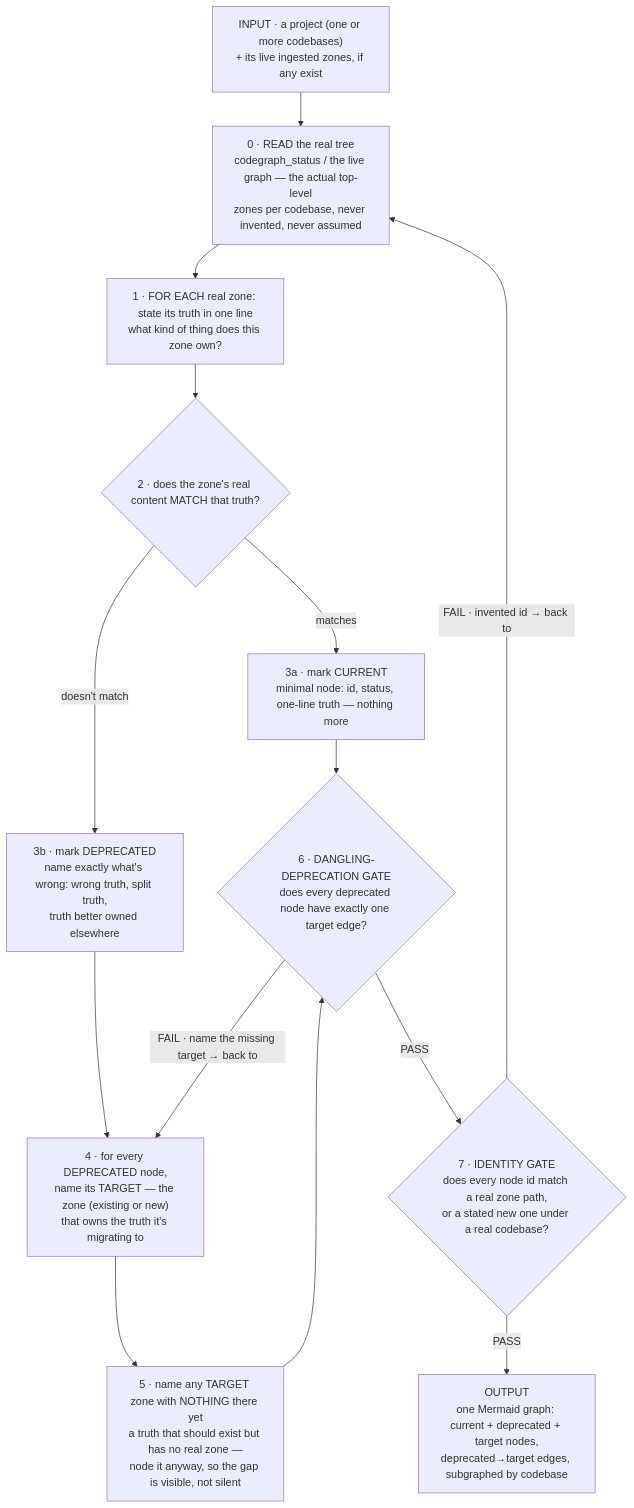
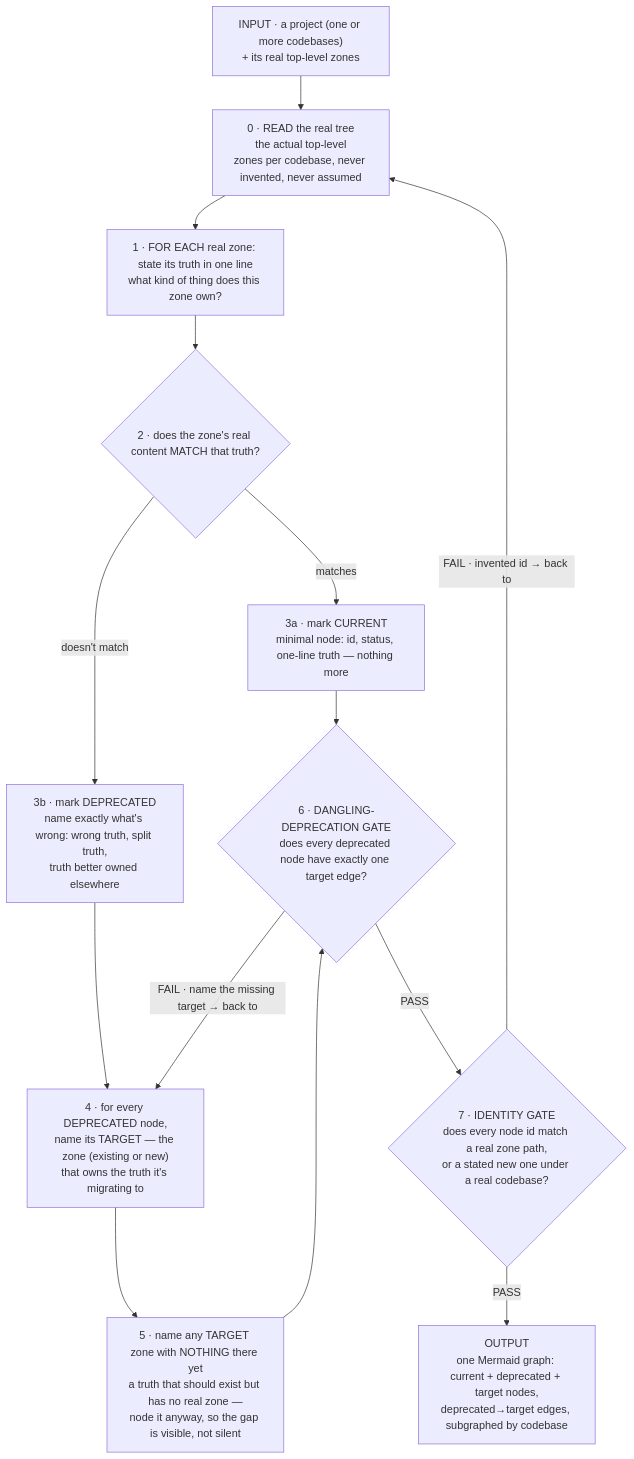
The diagram in .claude/skills/architecture-map/SKILL.md (kyzodb/kyzo), drawn with Mermaid before and after one commit. The commit also changed other lines of this file and 18 other files, not shown here.

````diff
--- a/.claude/skills/architecture-map/SKILL.md
+++ b/.claude/skills/architecture-map/SKILL.md
@@ -46,35 +45,35 @@
 ```mermaid
 flowchart TD
-    IN["INPUT · a project (one or more codebases)<br/>+ its live ingested zones, if any exist"]
+    IN["INPUT · a project (one or more codebases)<br/>+ its real top-level zones"]
 
-    R["0 · READ the real tree<br/>codegraph_status / the live graph — the actual top-level<br/>zones per codebase, never invented, never assumed"]
+    R["0 · READ the real tree<br/>the actual top-level<br/>zones per codebase, never invented, never assumed"]
 
     Z1["1 · FOR EACH real zone: state its truth in one line<br/>what kind of thing does this zone own?"]
 
     Z2{"2 · does the zone's real content MATCH that truth?"}
 
     C["3a · mark CURRENT<br/>minimal node: id, status, one-line truth — nothing more"]
 
     D["3b · mark DEPRECATED<br/>name exactly what's wrong: wrong truth, split truth,<br/>truth better owned elsewhere"]
 
     T1["4 · for every DEPRECATED node,<br/>name its TARGET — the zone (existing or new)<br/>that owns the truth it's migrating to"]
 
     T2["5 · name any TARGET zone with NOTHING there yet<br/>a truth that should exist but has no real zone —<br/>node it anyway, so the gap is visible, not silent"]
 
     G1{"6 · DANGLING-DEPRECATION GATE<br/>does every deprecated node have exactly one target edge?"}
 
     G2{"7 · IDENTITY GATE<br/>does every node id match a real zone path,<br/>or a stated new one under a real codebase?"}
 
     OUT["OUTPUT<br/>one Mermaid graph: current + deprecated + target nodes,<br/>deprecated→target edges, subgraphed by codebase"]
 
     IN --> R --> Z1 --> Z2
     Z2 -- "matches" --> C
     Z2 -- "doesn't match" --> D
     D --> T1
     C --> G1
     T1 --> T2 --> G1
     G1 -- "FAIL · name the missing target → back to" --> T1
     G1 -- "PASS" --> G2
     G2 -- "FAIL · invented id → back to" --> R
     G2 -- "PASS" --> OUT
 ```
````
